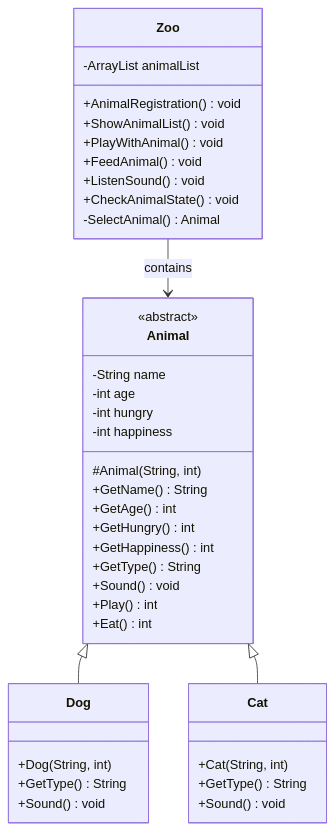
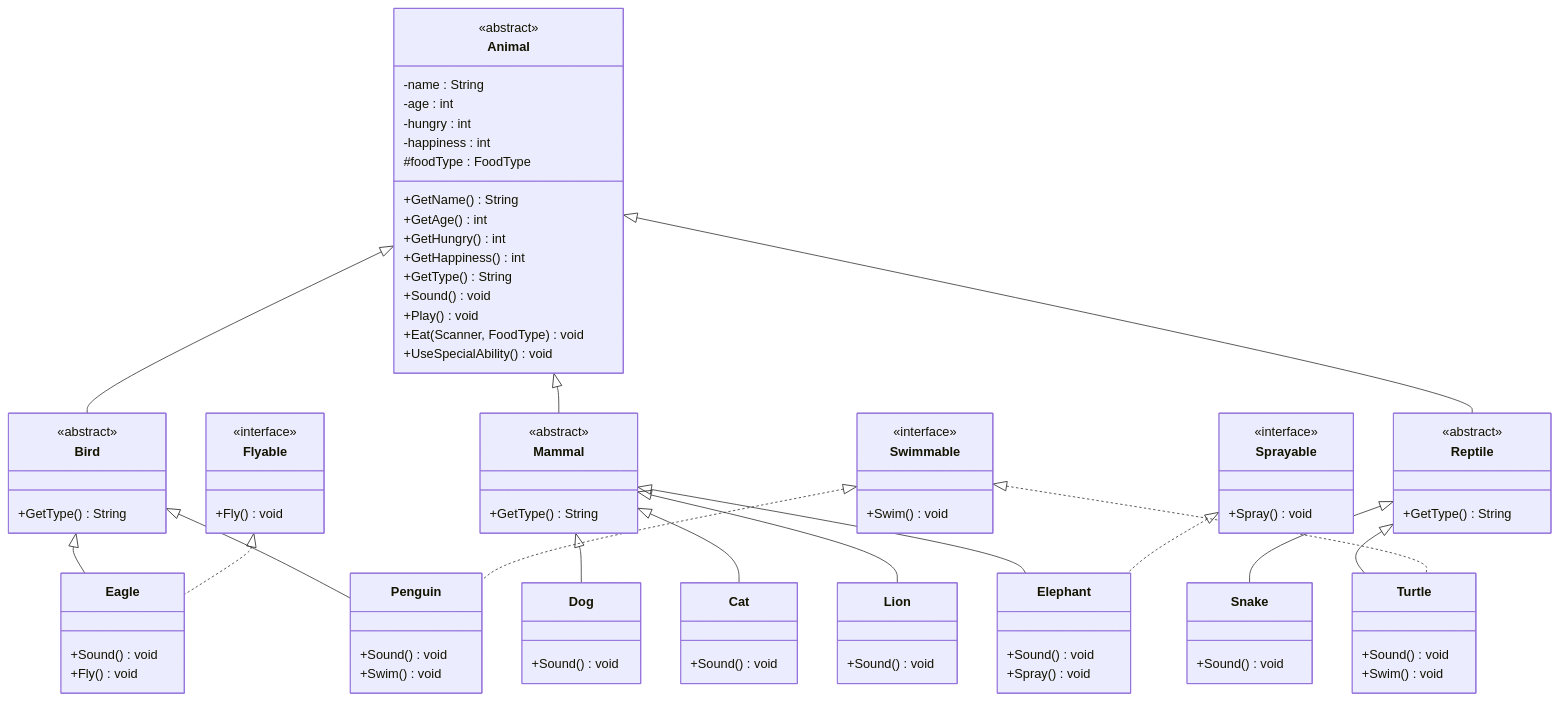
Before and after one commit to kolyn092/AnimalManagementSystem: the diagram in ClassDiagram.md, drawn with Mermaid.

````diff
--- a/ClassDiagram.md
+++ b/ClassDiagram.md
@@ -1,47 +1,108 @@
 ```mermaid
 classDiagram
-    Zoo --> Animal : contains
-    Animal <|-- Dog
-    Animal <|-- Cat
 
-    class Zoo {
-        -ArrayList<Animal> animalList
-        +AnimalRegistration() void
-        +ShowAnimalList() void
-        +PlayWithAnimal() void
-        +FeedAnimal() void
-        +ListenSound() void
-        +CheckAnimalState() void
-        -SelectAnimal() Animal
-    }
+class Animal {
+    <<abstract>>
+    -name : String
+    -age : int
+    -hungry : int
+    -happiness : int
+    #foodType : FoodType
+    +GetName() String
+    +GetAge() int
+    +GetHungry() int
+    +GetHappiness() int
+    +GetType() String
+    +Sound() void
+    +Play() void
+    +Eat(Scanner, FoodType) void
+    +UseSpecialAbility() void
+}
 
-    class Animal {
-        <<abstract>>
-        -String name
-        -int age
-        -int hungry
-        -int happiness
-        #Animal(String, int)
-        +GetName() String
-        +GetAge() int
-        +GetHungry() int
-        +GetHappiness() int
-        +GetType() String
-        +Sound() void
-        +Play() int
-        +Eat() int
-    }
+class Bird {
+    <<abstract>>
+    +GetType() String
+}
 
-    class Dog {
-        +Dog(String, int)
-        +GetType() String
-        +Sound() void
-    }
+class Mammal {
+    <<abstract>>
+    +GetType() String
+}
 
-    class Cat {
-        +Cat(String, int)
-        +GetType() String
-        +Sound() void
-    }
+class Reptile {
+    <<abstract>>
+    +GetType() String
+}
+
+class Dog {
+    +Sound() void
+}
+
+class Cat {
+    +Sound() void
+}
+
+class Lion {
+    +Sound() void
+}
+
+class Elephant {
+    +Sound() void
+    +Spray() void
+}
+
+class Eagle {
+    +Sound() void
+    +Fly() void
+}
+
+class Penguin {
+    +Sound() void
+    +Swim() void
+}
+
+class Snake {
+    +Sound() void
+}
+
+class Turtle {
+    +Sound() void
+    +Swim() void
+}
+
+class Flyable {
+    <<interface>>
+    +Fly() void
+}
+
+class Swimmable {
+    <<interface>>
+    +Swim() void
+}
+
+class Sprayable {
+    <<interface>>
+    +Spray() void
+}
+
+Animal <|-- Bird
+Animal <|-- Mammal
+Animal <|-- Reptile
+
+Bird <|-- Eagle
+Bird <|-- Penguin
+
+Mammal <|-- Dog
+Mammal <|-- Cat
+Mammal <|-- Lion
+Mammal <|-- Elephant
+
+Reptile <|-- Snake
+Reptile <|-- Turtle
+
+Flyable <|.. Eagle
+Swimmable <|.. Penguin
+Swimmable <|.. Turtle
+Sprayable <|.. Elephant
 
 ```
````
